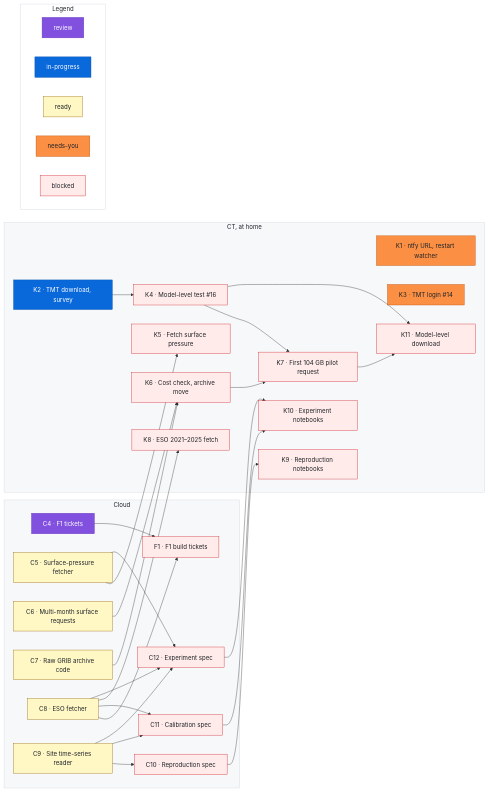
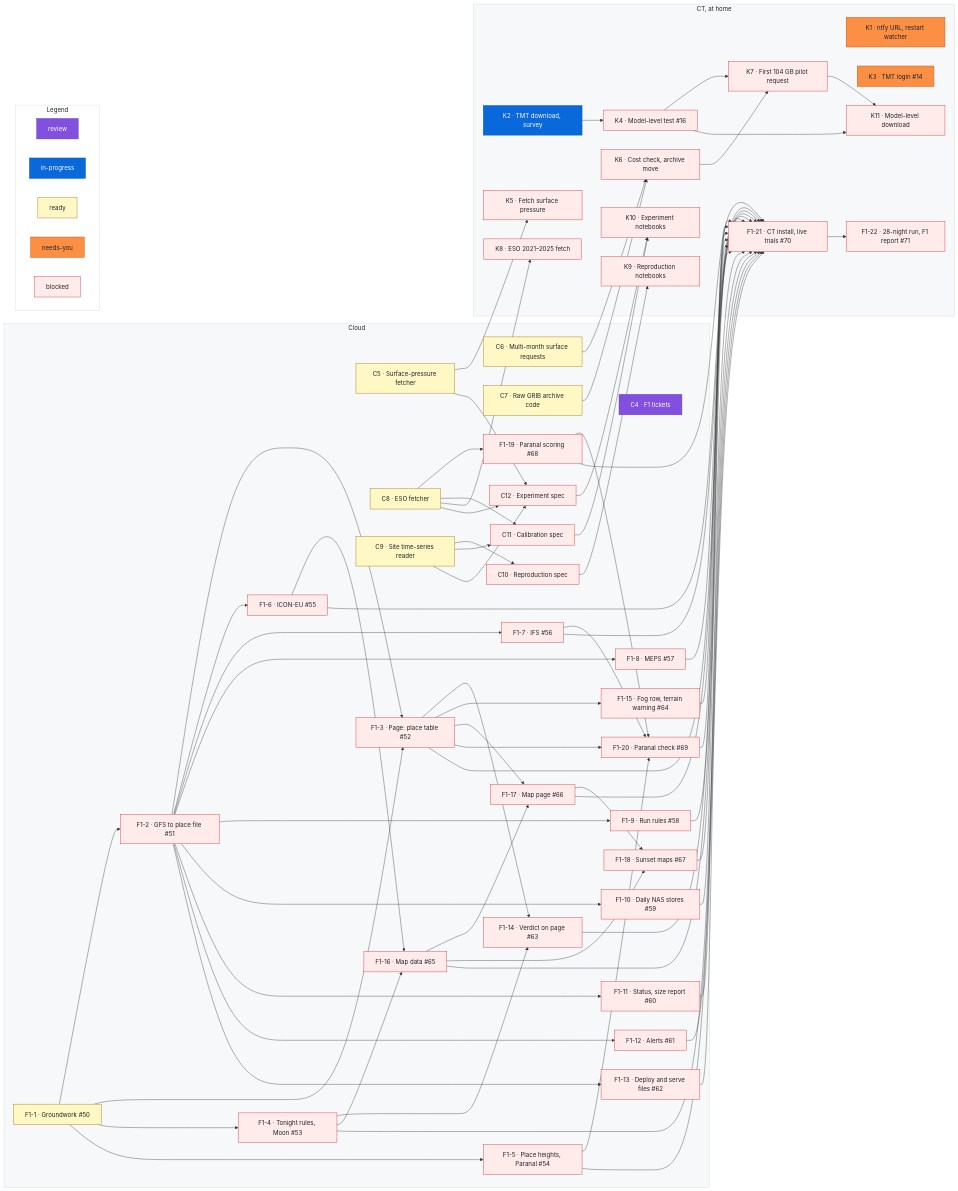
The diagram in docs/roadmap.md (rrweller/Astro-seeing), drawn with Mermaid before and after one commit. The commit also changed other lines of this file, not shown here.

First line of the commit message:
roadmap: replace F1 with one item per build ticket (F1-1 to F1-22, #50–#71) (#72)

```diff
--- a/docs/roadmap.md
+++ b/docs/roadmap.md
@@ -76,7 +118,26 @@
     C10["C10 · Reproduction spec"]
     C11["C11 · Calibration spec"]
     C12["C12 · Experiment spec"]
-    F1["F1 · F1 build tickets"]
+    F1_1["F1-1 · Groundwork #50"]
+    F1_2["F1-2 · GFS to place file #51"]
+    F1_3["F1-3 · Page: place table #52"]
+    F1_4["F1-4 · Tonight rules, Moon #53"]
+    F1_5["F1-5 · Place heights, Paranal #54"]
+    F1_6["F1-6 · ICON-EU #55"]
+    F1_7["F1-7 · IFS #56"]
+    F1_8["F1-8 · MEPS #57"]
+    F1_9["F1-9 · Run rules #58"]
+    F1_10["F1-10 · Daily NAS stores #59"]
+    F1_11["F1-11 · Status, size report #60"]
+    F1_12["F1-12 · Alerts #61"]
+    F1_13["F1-13 · Deploy and serve files #62"]
+    F1_14["F1-14 · Verdict on page #63"]
+    F1_15["F1-15 · Fog row, terrain warning #64"]
+    F1_16["F1-16 · Map data #65"]
+    F1_17["F1-17 · Map page #66"]
+    F1_18["F1-18 · Sunset maps #67"]
+    F1_19["F1-19 · Paranal scoring #68"]
+    F1_20["F1-20 · Paranal check #69"]
   end
   subgraph ct["CT, at home"]
     K1["K1 · ntfy URL, restart watcher"]
@@ -90,9 +151,55 @@
     K9["K9 · Reproduction notebooks"]
     K10["K10 · Experiment notebooks"]
     K11["K11 · Model-level download"]
+    F1_21["F1-21 · CT install, live trials #70"]
+    F1_22["F1-22 · 28-night run, F1 report #71"]
   end
-  C4 --> F1
-  C8 --> F1
+  F1_1 --> F1_2
+  F1_1 --> F1_3
+  F1_2 --> F1_3
+  F1_1 --> F1_4
+  F1_1 --> F1_5
+  F1_2 --> F1_6
+  F1_2 --> F1_7
+  F1_2 --> F1_8
+  F1_2 --> F1_9
+  F1_2 --> F1_10
+  F1_2 --> F1_11
+  F1_2 --> F1_12
+  F1_2 --> F1_13
+  F1_3 --> F1_14
+  F1_4 --> F1_14
+  F1_3 --> F1_15
+  F1_4 --> F1_16
+  F1_6 --> F1_16
+  F1_3 --> F1_17
+  F1_16 --> F1_17
+  F1_16 --> F1_18
+  F1_17 --> F1_18
+  C8 --> F1_19
+  F1_3 --> F1_20
+  F1_5 --> F1_20
+  F1_7 --> F1_20
+  F1_19 --> F1_20
+  F1_3 --> F1_21
+  F1_4 --> F1_21
+  F1_5 --> F1_21
+  F1_6 --> F1_21
+  F1_7 --> F1_21
+  F1_8 --> F1_21
+  F1_9 --> F1_21
+  F1_10 --> F1_21
+  F1_11 --> F1_21
+  F1_12 --> F1_21
+  F1_13 --> F1_21
+  F1_14 --> F1_21
+  F1_15 --> F1_21
+  F1_16 --> F1_21
+  F1_17 --> F1_21
+  F1_18 --> F1_21
+  F1_19 --> F1_21
+  F1_20 --> F1_21
+  F1_21 --> F1_22
   C9 --> C10
   C8 --> C11
   C9 --> C11
@@ -144,7 +251,49 @@
   %% ---
   class C12 blocked
   %% ---
-  class F1 blocked
+  class F1_1 ready
+  %% ---
+  class F1_2 blocked
+  %% ---
+  class F1_3 blocked
+  %% ---
+  class F1_4 blocked
+  %% ---
+  class F1_5 blocked
+  %% ---
+  class F1_6 blocked
+  %% ---
+  class F1_7 blocked
+  %% ---
+  class F1_8 blocked
+  %% ---
+  class F1_9 blocked
+  %% ---
+  class F1_10 blocked
+  %% ---
+  class F1_11 blocked
+  %% ---
+  class F1_12 blocked
+  %% ---
+  class F1_13 blocked
+  %% ---
+  class F1_14 blocked
+  %% ---
+  class F1_15 blocked
+  %% ---
+  class F1_16 blocked
+  %% ---
+  class F1_17 blocked
+  %% ---
+  class F1_18 blocked
+  %% ---
+  class F1_19 blocked
+  %% ---
+  class F1_20 blocked
+  %% ---
+  class F1_21 blocked
+  %% ---
+  class F1_22 blocked
   %% ---
   class K1 needsyou
   %% ---
```
